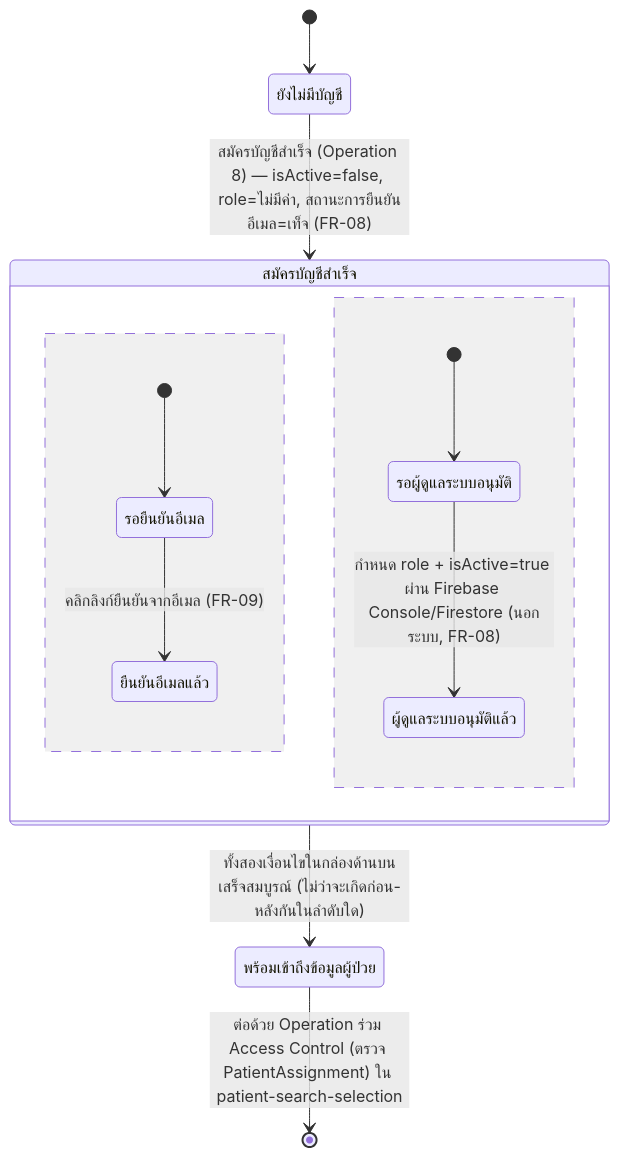
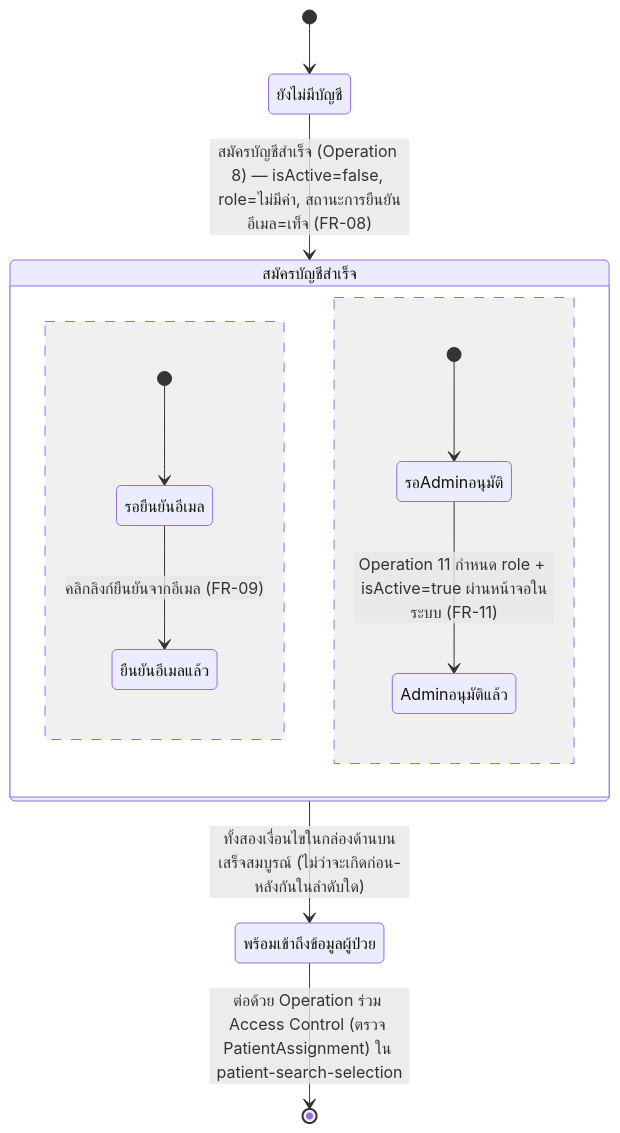
Before and after one commit to fadtypat/track-ncds: the fourth of 4 diagrams in docs/02-design/02-technical/detailed-design/user-authentication-email-password.md, drawn with Mermaid. The commit also changed other lines of this file and 34 other files, not shown here.

````diff
--- a/docs/02-design/02-technical/detailed-design/user-authentication-email-password.md
+++ b/docs/02-design/02-technical/detailed-design/user-authentication-email-password.md
@@ -149,16 +156,16 @@
 ```mermaid
 stateDiagram-v2
     [*] --> ยังไม่มีบัญชี
     ยังไม่มีบัญชี --> สมัครบัญชีสำเร็จ : สมัครบัญชีสำเร็จ (Operation 8) — isActive=false, role=ไม่มีค่า, สถานะการยืนยันอีเมล=เท็จ (FR-08)
 
     state สมัครบัญชีสำเร็จ {
         [*] --> รอยืนยันอีเมล
         รอยืนยันอีเมล --> ยืนยันอีเมลแล้ว : คลิกลิงก์ยืนยันจากอีเมล (FR-09)
         --
-        [*] --> รอผู้ดูแลระบบอนุมัติ
-        รอผู้ดูแลระบบอนุมัติ --> ผู้ดูแลระบบอนุมัติแล้ว : กำหนด role + isActive=true ผ่าน Firebase Console/Firestore (นอกระบบ, FR-08)
+        [*] --> รอAdminอนุมัติ
+        รอAdminอนุมัติ --> Adminอนุมัติแล้ว : Operation 11 กำหนด role + isActive=true ผ่านหน้าจอในระบบ (FR-11)
     }
 
     สมัครบัญชีสำเร็จ --> พร้อมเข้าถึงข้อมูลผู้ป่วย : ทั้งสองเงื่อนไขในกล่องด้านบนเสร็จสมบูรณ์ (ไม่ว่าจะเกิดก่อน-หลังกันในลำดับใด)
     พร้อมเข้าถึงข้อมูลผู้ป่วย --> [*] : ต่อด้วย Operation ร่วม Access Control (ตรวจ PatientAssignment) ใน patient-search-selection
 ```
````
